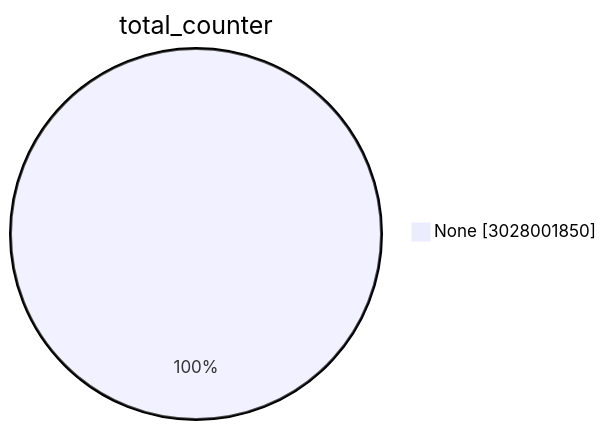
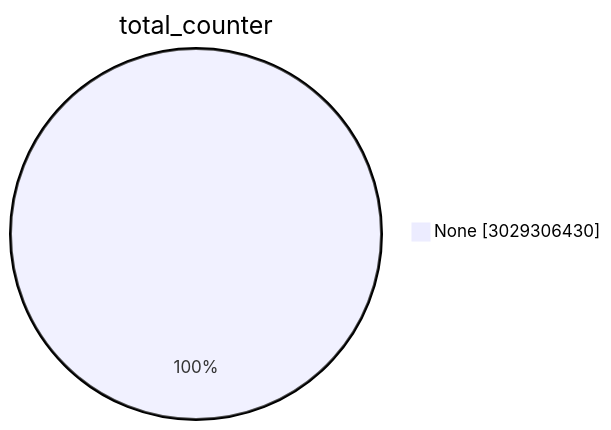
One commit to christiankrug/ctmonitor_visualization changed the first of 15 diagrams in TOTAL/README.md. Above: the diagram before and after it, drawn with Mermaid. The commit also changed other lines of this file, not shown here.

````diff
--- a/TOTAL/README.md
+++ b/TOTAL/README.md
@@ -1,5 +1,5 @@
 ```mermaid
 pie showData
 title total_counter
-"None" :3028001850
+"None" :3029306430
 ```
````
